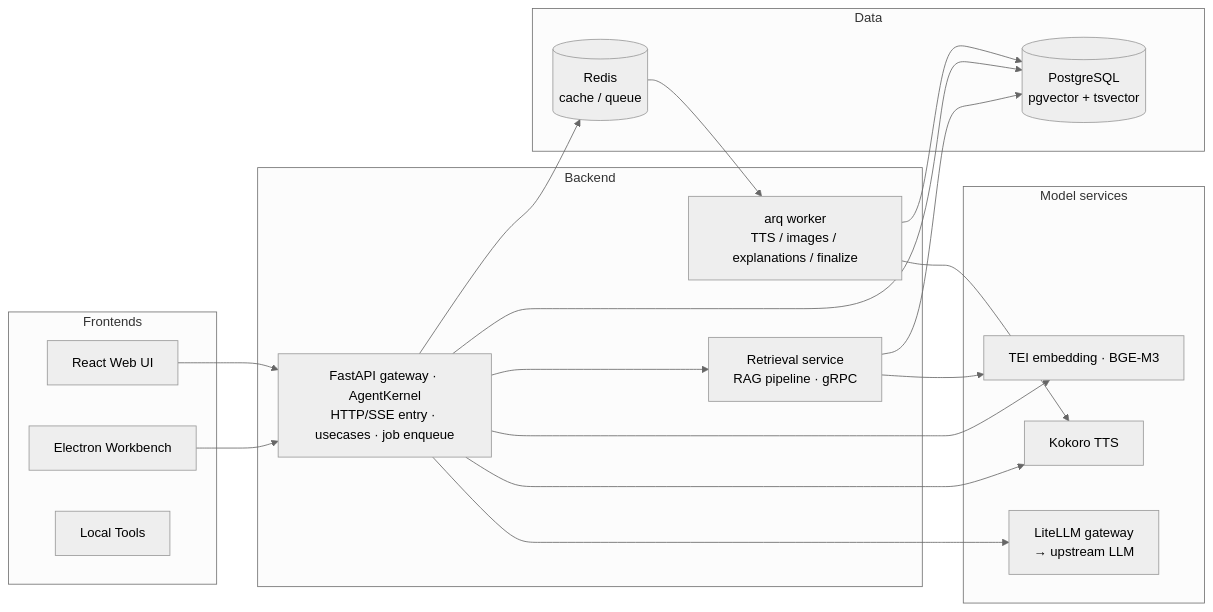
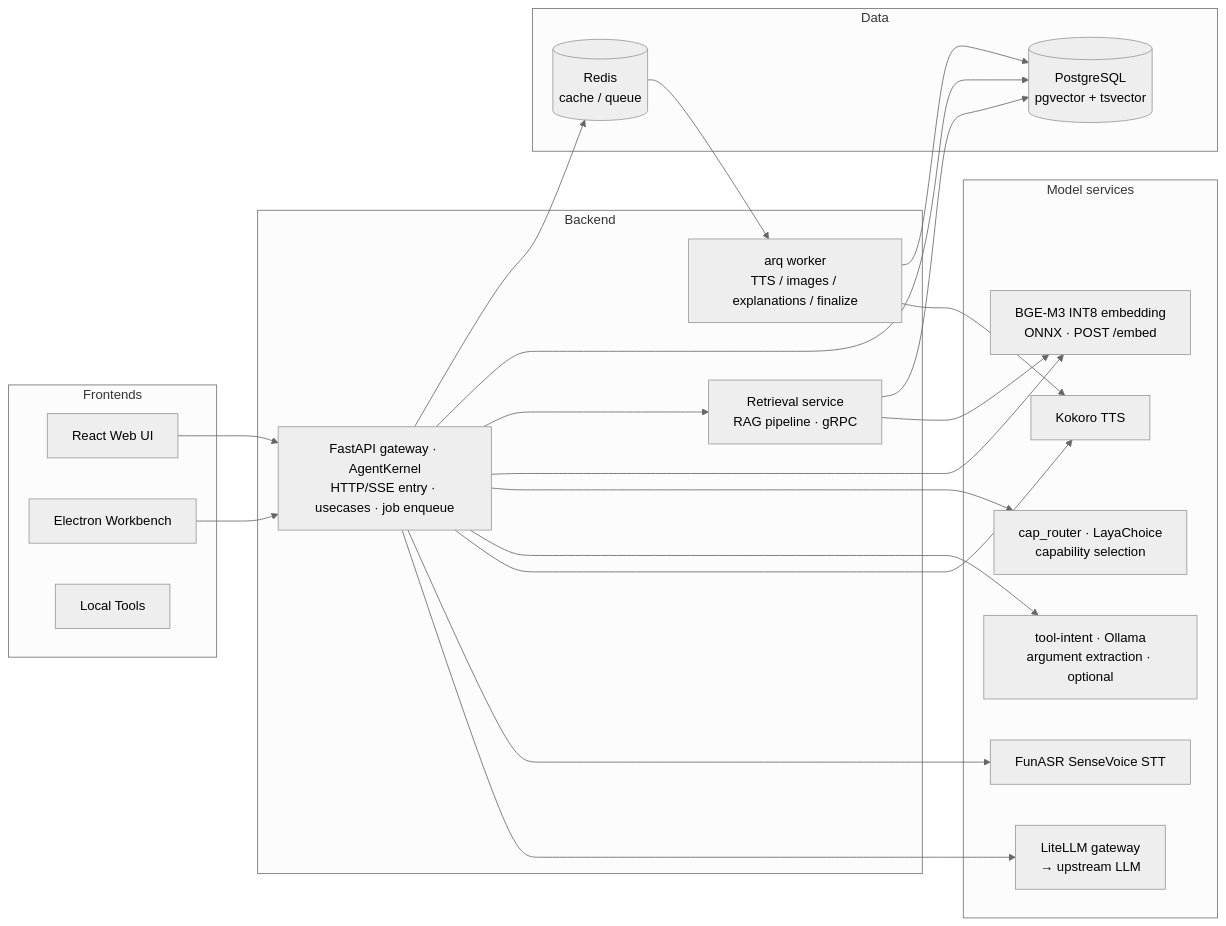
One commit to Eric-LLMs/Delveta changed the first of 9 diagrams in docs/architecture-diagrams.md. Above: the diagram before and after it, drawn with Mermaid (neutral theme). The commit also changed other lines of this file and 30 other files, not shown here.

````diff
--- a/docs/architecture-diagrams.md
+++ b/docs/architecture-diagrams.md
@@ -10,36 +10,42 @@
 ```mermaid
 flowchart LR
     subgraph Frontends
         web[React Web UI]
         desk[Electron Workbench]
         lt[Local Tools]
     end
     subgraph Backend
         api["FastAPI gateway · AgentKernel<br/>HTTP/SSE entry · usecases · job enqueue"]
         wk[arq worker<br/>TTS / images / explanations / finalize]
         rs[Retrieval service<br/>RAG pipeline · gRPC]
     end
     subgraph Data
         pg[(PostgreSQL<br/>pgvector + tsvector)]
         rd[(Redis<br/>cache / queue)]
     end
     subgraph Model services
-        emb[TEI embedding · BGE-M3]
+        emb["BGE-M3 INT8 embedding<br/>ONNX · POST /embed"]
+        cr["cap_router · LayaChoice<br/>capability selection"]
+        ti["tool-intent · Ollama<br/>argument extraction · optional"]
         tts[Kokoro TTS]
+        stt[FunASR SenseVoice STT]
         llm[LiteLLM gateway<br/>→ upstream LLM]
     end
 
     web --> api
     desk --> api
     api --> rd
     rd --> wk
     api --> pg
     wk --> pg
     api --> rs
     rs --> pg
     api --> emb
+    api --> cr
+    api --> ti
     api --> tts
+    api --> stt
     api --> llm
     wk --> tts
     rs --> emb
 ```
````
